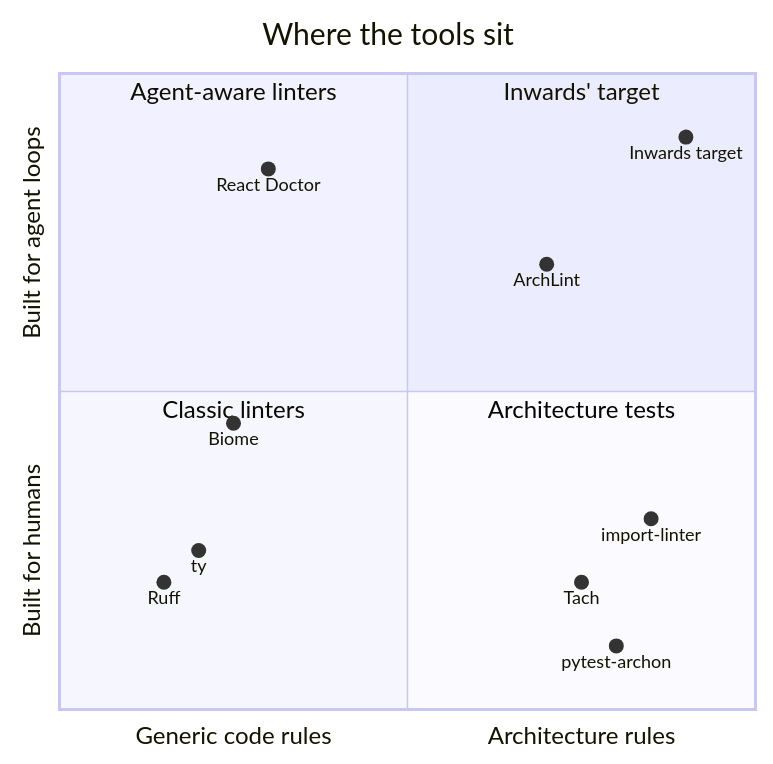
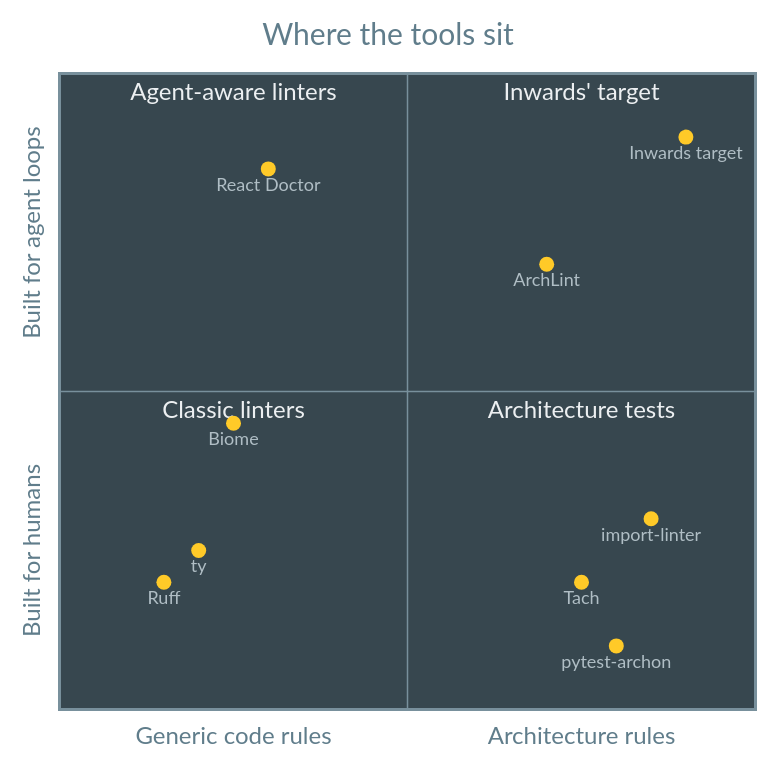
Before and after one commit to SirCypkowskyy/inwards: the first of 2 diagrams in docs/chapters/02-Business-Context.md, drawn with Mermaid. The commit also changed other lines of this file and 9 other files, not shown here.

````diff
--- a/docs/chapters/02-Business-Context.md
+++ b/docs/chapters/02-Business-Context.md
@@ -96,19 +96,39 @@
 ```mermaid
+---
+config:
+  theme: base
+  themeVariables:
+    quadrant1Fill: "#37474f"
+    quadrant2Fill: "#37474f"
+    quadrant3Fill: "#37474f"
+    quadrant4Fill: "#37474f"
+    quadrant1TextFill: "#eceff1"
+    quadrant2TextFill: "#eceff1"
+    quadrant3TextFill: "#eceff1"
+    quadrant4TextFill: "#eceff1"
+    quadrantPointFill: "#ffca28"
+    quadrantPointTextFill: "#b0bec5"
+    quadrantXAxisTextFill: "#607d8b"
+    quadrantYAxisTextFill: "#607d8b"
+    quadrantInternalBorderStrokeFill: "#78909c"
+    quadrantExternalBorderStrokeFill: "#78909c"
+    quadrantTitleFill: "#607d8b"
+---
 quadrantChart
     title Where the tools sit
     x-axis "Generic code rules" --> "Architecture rules"
     y-axis "Built for humans" --> "Built for agent loops"
     quadrant-1 "Inwards' target"
     quadrant-2 "Agent-aware linters"
     quadrant-3 "Classic linters"
     quadrant-4 "Architecture tests"
     Ruff: [0.15, 0.2]
     ty: [0.2, 0.25]
     Biome: [0.25, 0.45]
     React Doctor: [0.3, 0.85]
     ArchLint: [0.7, 0.7]
     import-linter: [0.85, 0.3]
     pytest-archon: [0.8, 0.1]
     Tach: [0.75, 0.2]
     Inwards target: [0.9, 0.9]
 ```
````
